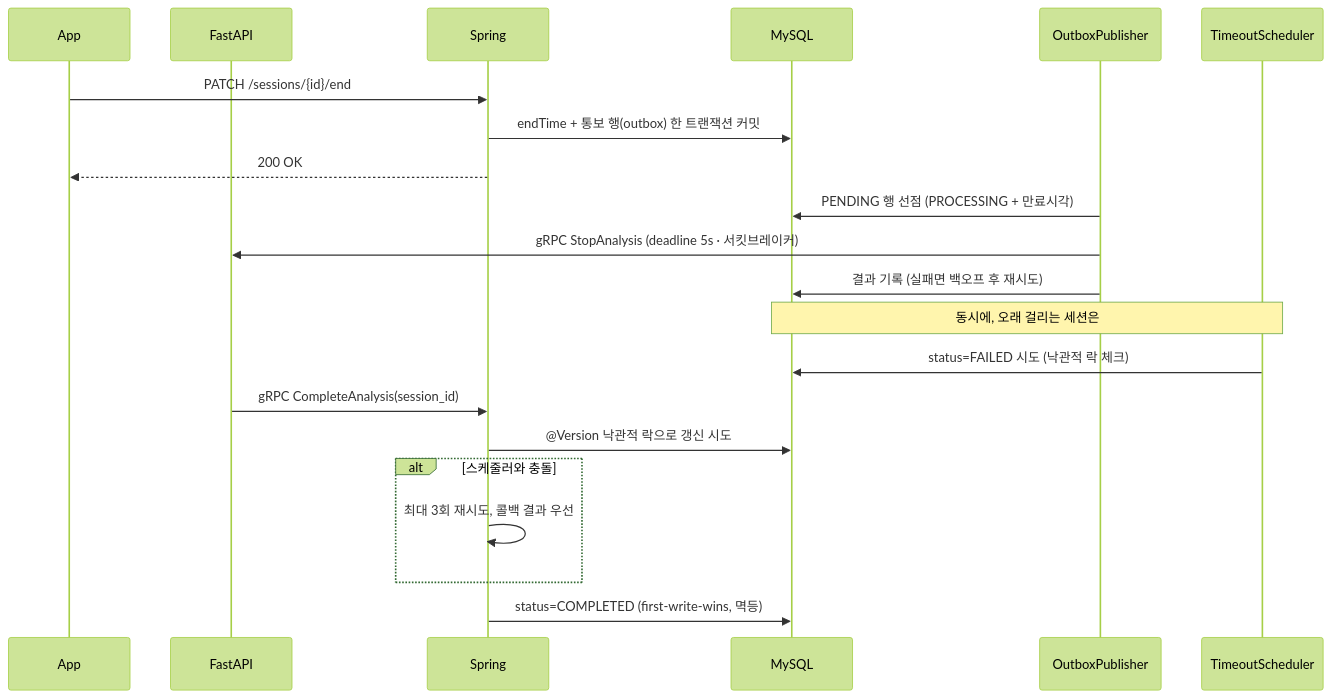
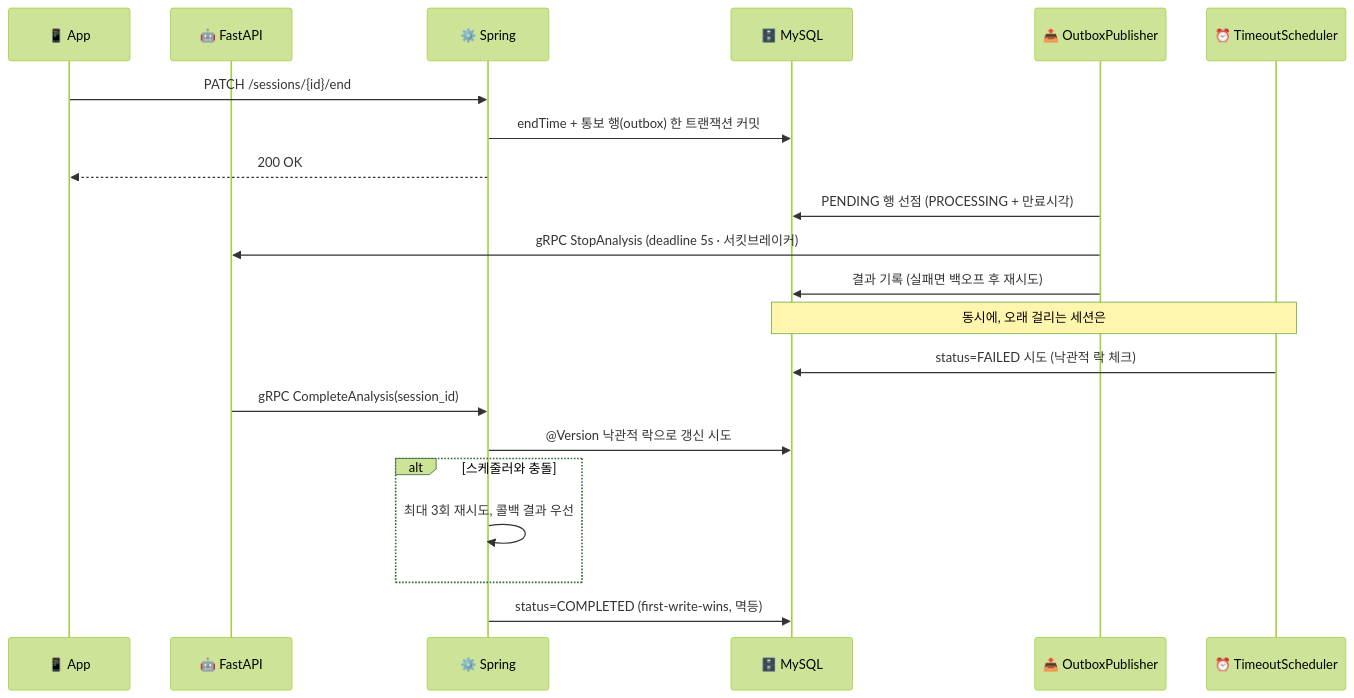
Before and after one commit to Shadowfit/backend: the third of 3 diagrams in README.md, drawn with Mermaid (forest theme). The commit also changed other lines of this file, not shown here.

Commit message:
chore: README는 타겟 레포 기준 유지

````diff
--- a/README.md
+++ b/README.md
@@ -118,27 +118,27 @@
 ```mermaid
 sequenceDiagram
-    participant App as App
-    participant AI as FastAPI
-    participant BE as Spring
-    participant DB as MySQL
-    participant P as OutboxPublisher
-    participant T as TimeoutScheduler
+    participant App as 📱 App
+    participant AI as 🤖 FastAPI
+    participant BE as ⚙️ Spring
+    participant DB as 🗄️ MySQL
+    participant P as 📤 OutboxPublisher
+    participant T as ⏰ TimeoutScheduler
 
     App->>BE: PATCH /sessions/{id}/end
     BE->>DB: endTime + 통보 행(outbox) 한 트랜잭션 커밋
     BE-->>App: 200 OK
 
     P->>DB: PENDING 행 선점 (PROCESSING + 만료시각)
     P->>AI: gRPC StopAnalysis (deadline 5s · 서킷브레이커)
     P->>DB: 결과 기록 (실패면 백오프 후 재시도)
 
     Note over T,DB: 동시에, 오래 걸리는 세션은
     T->>DB: status=FAILED 시도 (낙관적 락 체크)
 
     AI->>BE: gRPC CompleteAnalysis(session_id)
     BE->>DB: @Version 낙관적 락으로 갱신 시도
     alt 스케줄러와 충돌
         BE->>BE: 최대 3회 재시도, 콜백 결과 우선
     end
     BE->>DB: status=COMPLETED (first-write-wins, 멱등)
 ```
````
